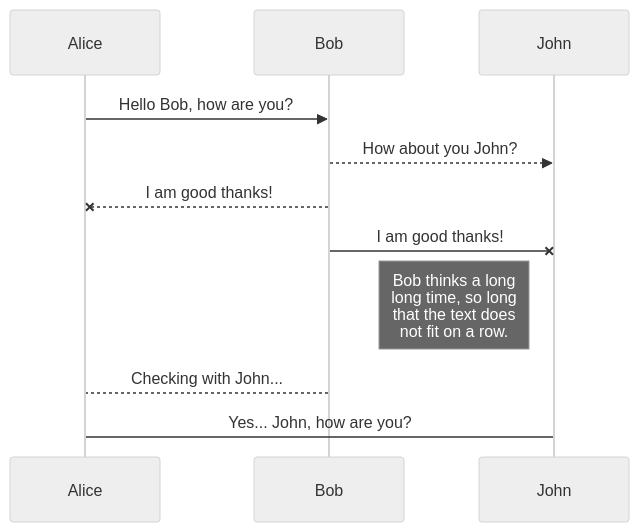
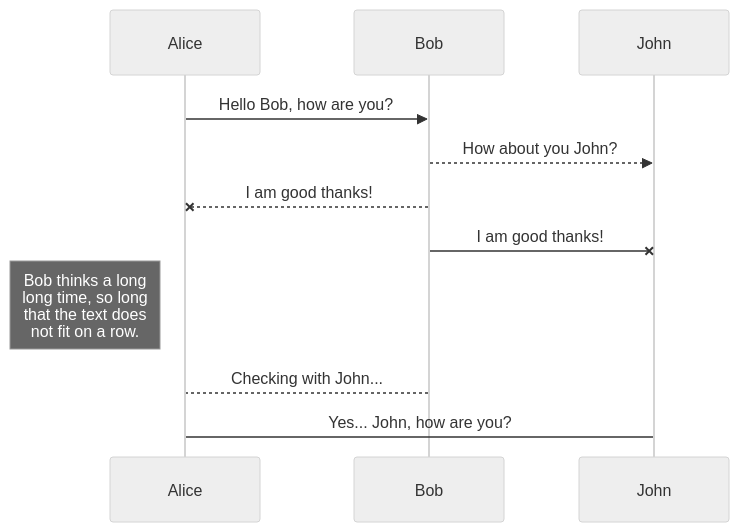
Before and after one commit to Sergionix/git_practice-2: the diagram in readme.md, drawn with Mermaid (neutral theme).

````diff
--- a/readme.md
+++ b/readme.md
@@ -3,11 +3,11 @@
 ```mermaid
 sequenceDiagram
 Alice ->> Bob: Hello Bob, how are you?
 Bob-->>John: How about you John?
 Bob--x Alice: I am good thanks!
 Bob-x John: I am good thanks!
-Note left of John: Bob thinks a long<br/>long time, so long<br/>that the text does<br/>not fit on a row.
+Note left of Alice: Bob thinks a long<br/>long time, so long<br/>that the text does<br/>not fit on a row.
 
 Bob-->Alice: Checking with John...
 Alice->John: Yes... John, how are you?
 ```
````
